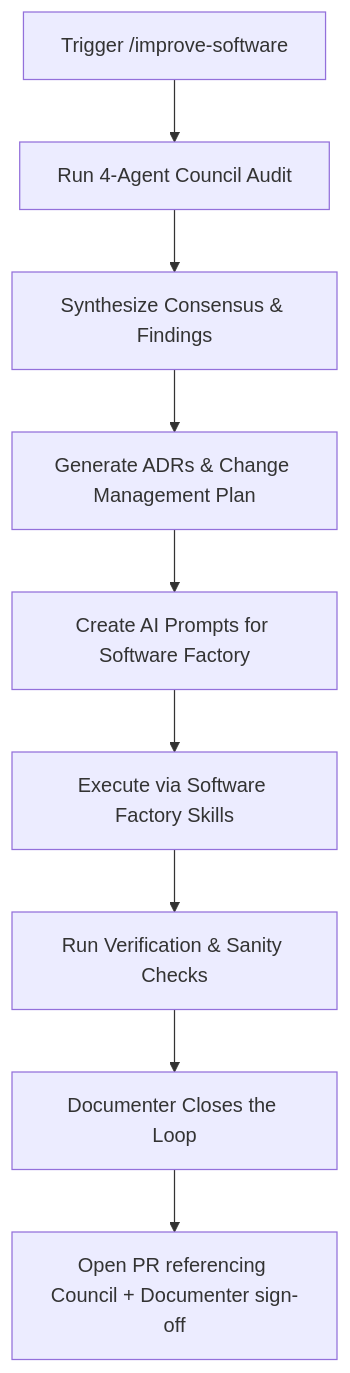
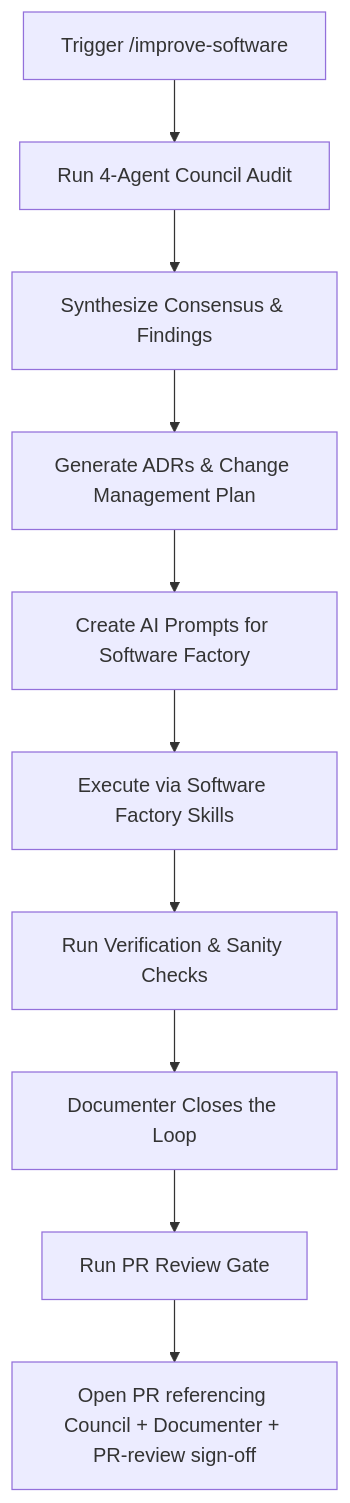
The diagram in improve-software.md (ricardojjulia/ChurchCore), drawn with Mermaid before and after one commit. The commit also changed other lines of this file and 50 other files, not shown here.

````diff
--- a/improve-software.md
+++ b/improve-software.md
@@ -22,11 +22,12 @@
 ```mermaid
 graph TD
     A[Trigger /improve-software] --> B[Run 4-Agent Council Audit]
     B --> C[Synthesize Consensus & Findings]
     C --> D[Generate ADRs & Change Management Plan]
     D --> E[Create AI Prompts for Software Factory]
     E --> F[Execute via Software Factory Skills]
     F --> G[Run Verification & Sanity Checks]
     G --> H[Documenter Closes the Loop]
-    H --> I[Open PR referencing Council + Documenter sign-off]
+    H --> I[Run PR Review Gate]
+    I --> J[Open PR referencing Council + Documenter + PR-review sign-off]
 ```
````
